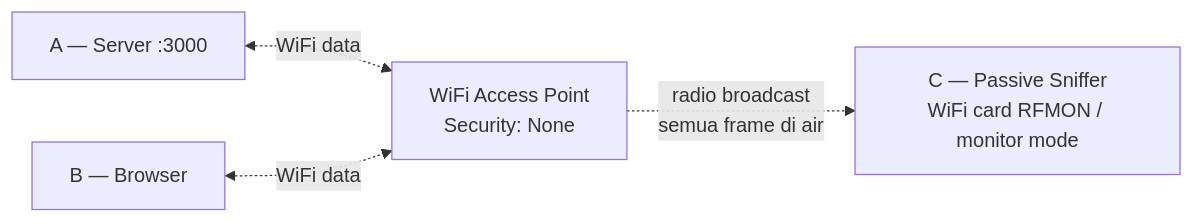
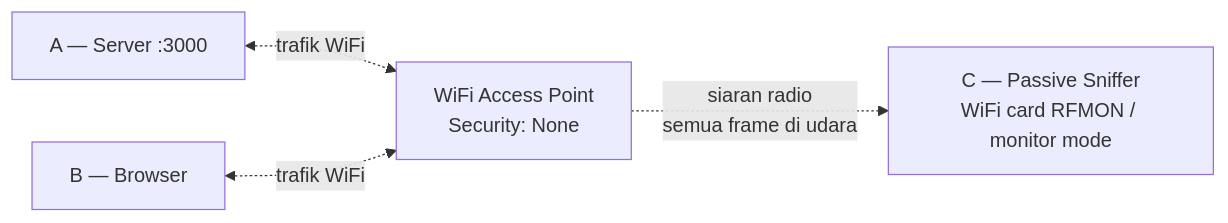
The third of 5 diagrams in demo/login-sniffing/README.md (endymuhardin/materi-kuliah-jaringan-komputer), drawn with Mermaid before and after one commit. The commit also changed other lines of this file, not shown here.

````diff
--- a/demo/login-sniffing/README.md
+++ b/demo/login-sniffing/README.md
@@ -131,10 +131,10 @@
 ```mermaid
 flowchart LR
     AP["WiFi Access Point<br/>Security: None"]
     A["A — Server :3000"]
     B["B — Browser"]
     C["C — Passive Sniffer<br/>WiFi card RFMON / monitor mode"]
-    A <-. WiFi data .-> AP
-    B <-. WiFi data .-> AP
-    AP -. radio broadcast<br/>semua frame di air .-> C
+    A <-. trafik WiFi .-> AP
+    B <-. trafik WiFi .-> AP
+    AP -. siaran radio<br/>semua frame di udara .-> C
 ```
````
